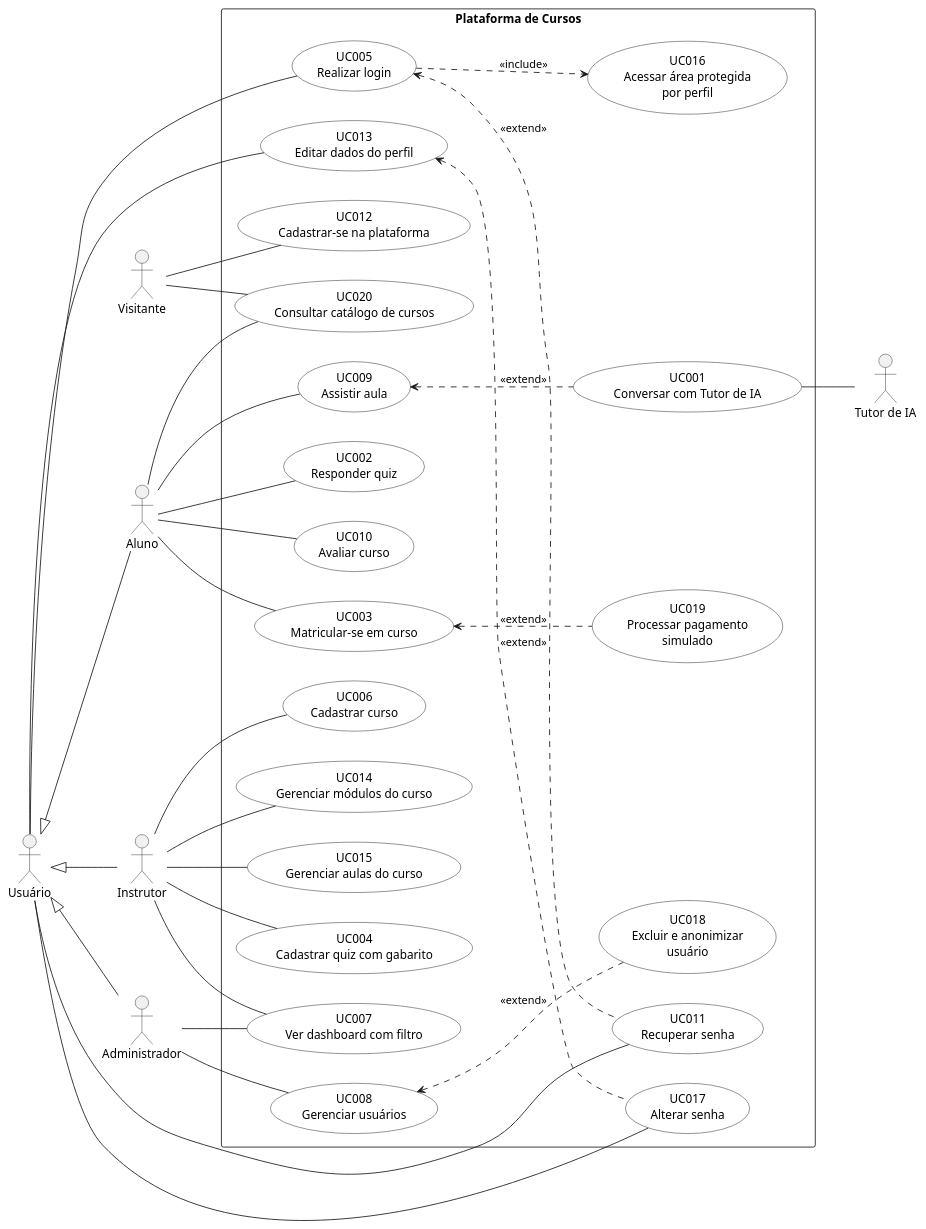
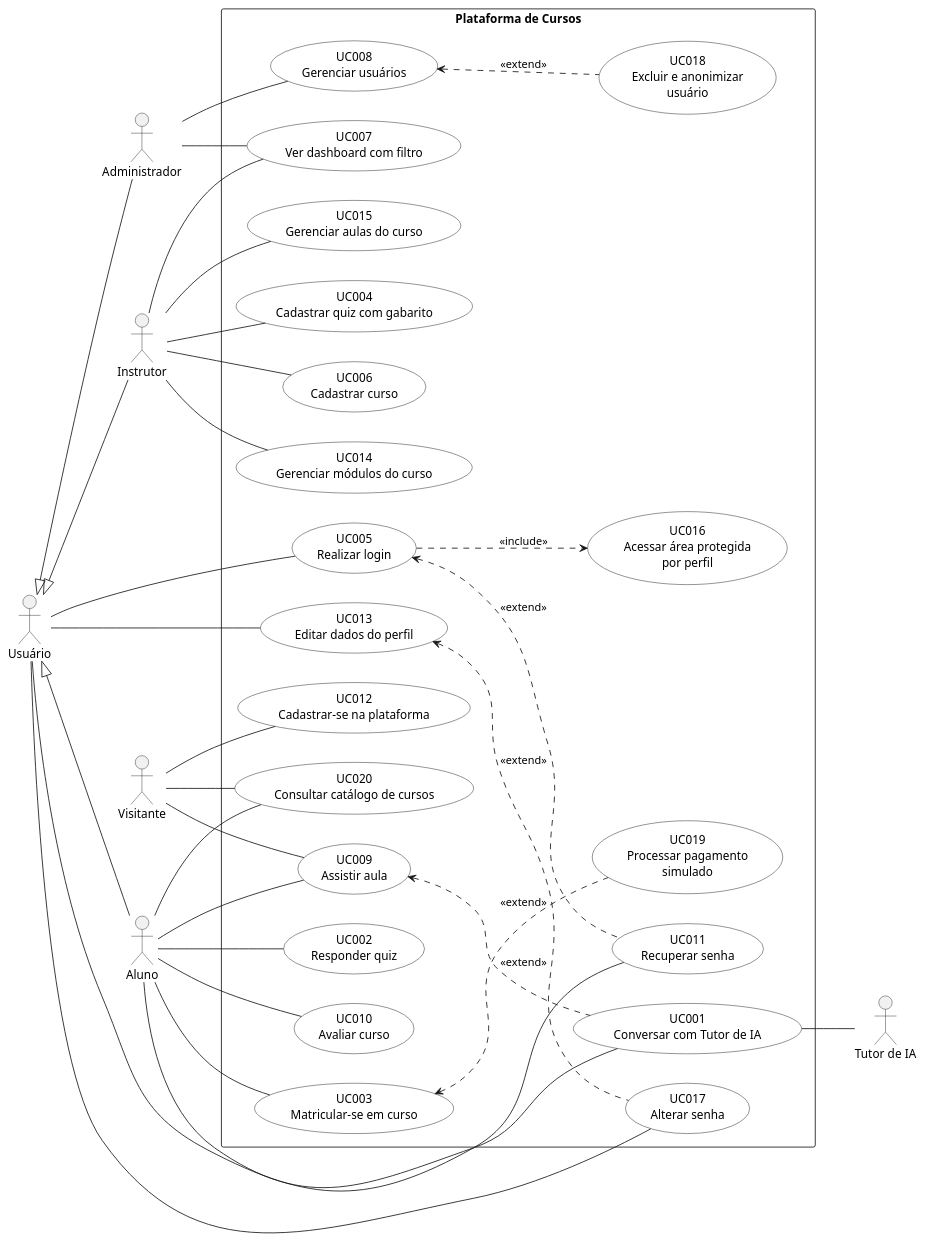
One commit to Plataforma-de-Cursos-TCC/plataforma-cursos-docs changed the diagram in especificacao/diagramas/09-casos-de-uso.puml. Above: the diagram before and after it, drawn with PlantUML. The commit also changed 267 other files, not shown here.

```diff
--- a/especificacao/diagramas/09-casos-de-uso.puml
+++ b/especificacao/diagramas/09-casos-de-uso.puml
@@ -5,71 +5,73 @@
 @startuml 09-casos-de-uso
 left to right direction
 skinparam shadowing false
 skinparam defaultFontName Arial
 skinparam usecase {
   BackgroundColor white
   BorderColor black
 }
 skinparam actorStyle stickman
 
 actor Visitante as VIS
 actor "Usuário" as USU
 actor Aluno as ALU
 actor Instrutor as INS
 actor Administrador as ADM
 actor "Tutor de IA" as TUT
 
 USU <|-- ALU
 USU <|-- INS
 USU <|-- ADM
 
 rectangle "Plataforma de Cursos" {
   usecase "UC012\nCadastrar-se na plataforma" as UC012
   usecase "UC005\nRealizar login" as UC005
   usecase "UC011\nRecuperar senha" as UC011
   usecase "UC016\nAcessar área protegida\npor perfil" as UC016
   usecase "UC013\nEditar dados do perfil" as UC013
   usecase "UC017\nAlterar senha" as UC017
   usecase "UC003\nMatricular-se em curso" as UC003
   usecase "UC020\nConsultar catálogo de cursos" as UC020
   usecase "UC019\nProcessar pagamento\nsimulado" as UC019
   usecase "UC009\nAssistir aula" as UC009
   usecase "UC001\nConversar com Tutor de IA" as UC001
   usecase "UC002\nResponder quiz" as UC002
   usecase "UC010\nAvaliar curso" as UC010
   usecase "UC006\nCadastrar curso" as UC006
   usecase "UC014\nGerenciar módulos do curso" as UC014
   usecase "UC015\nGerenciar aulas do curso" as UC015
   usecase "UC004\nCadastrar quiz com gabarito" as UC004
   usecase "UC007\nVer dashboard com filtro" as UC007
   usecase "UC008\nGerenciar usuários" as UC008
   usecase "UC018\nExcluir e anonimizar\nusuário" as UC018
 }
 
 VIS -- UC012
 VIS -- UC020
 USU -- UC005
 USU -- UC011
 USU -- UC013
 USU -- UC017
 ALU -- UC003
 ALU -- UC020
 ALU -- UC009
+VIS -- UC009
 ALU -- UC002
 ALU -- UC010
 INS -- UC006
 INS -- UC014
 INS -- UC015
 INS -- UC004
 INS -- UC007
 ADM -- UC007
 ADM -- UC008
 UC001 -- TUT
+ALU -- UC001
 
 UC005 ..> UC016 : <<include>>
 UC005 <.. UC011 : <<extend>>
 UC009 <.. UC001 : <<extend>>
 UC013 <.. UC017 : <<extend>>
 UC003 <.. UC019 : <<extend>>
 UC008 <.. UC018 : <<extend>>
 @enduml
```
